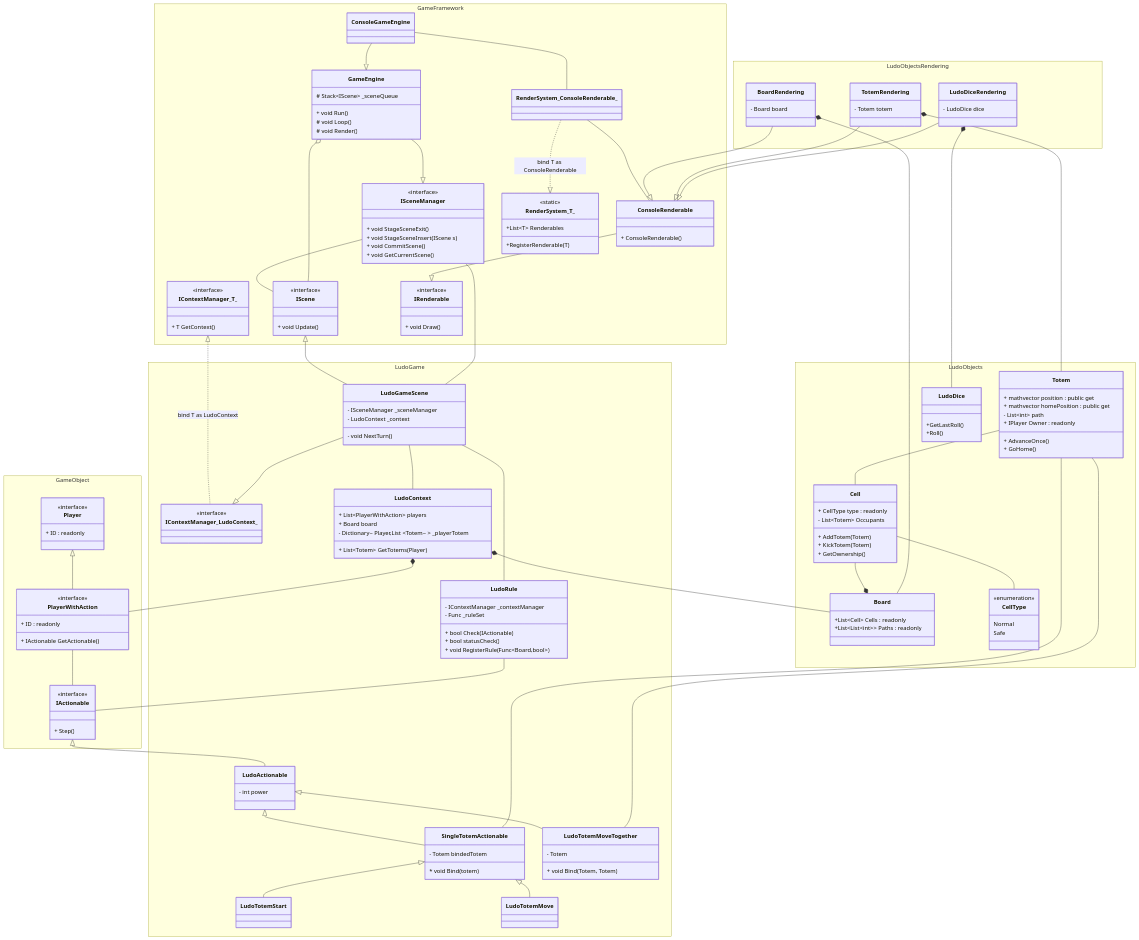
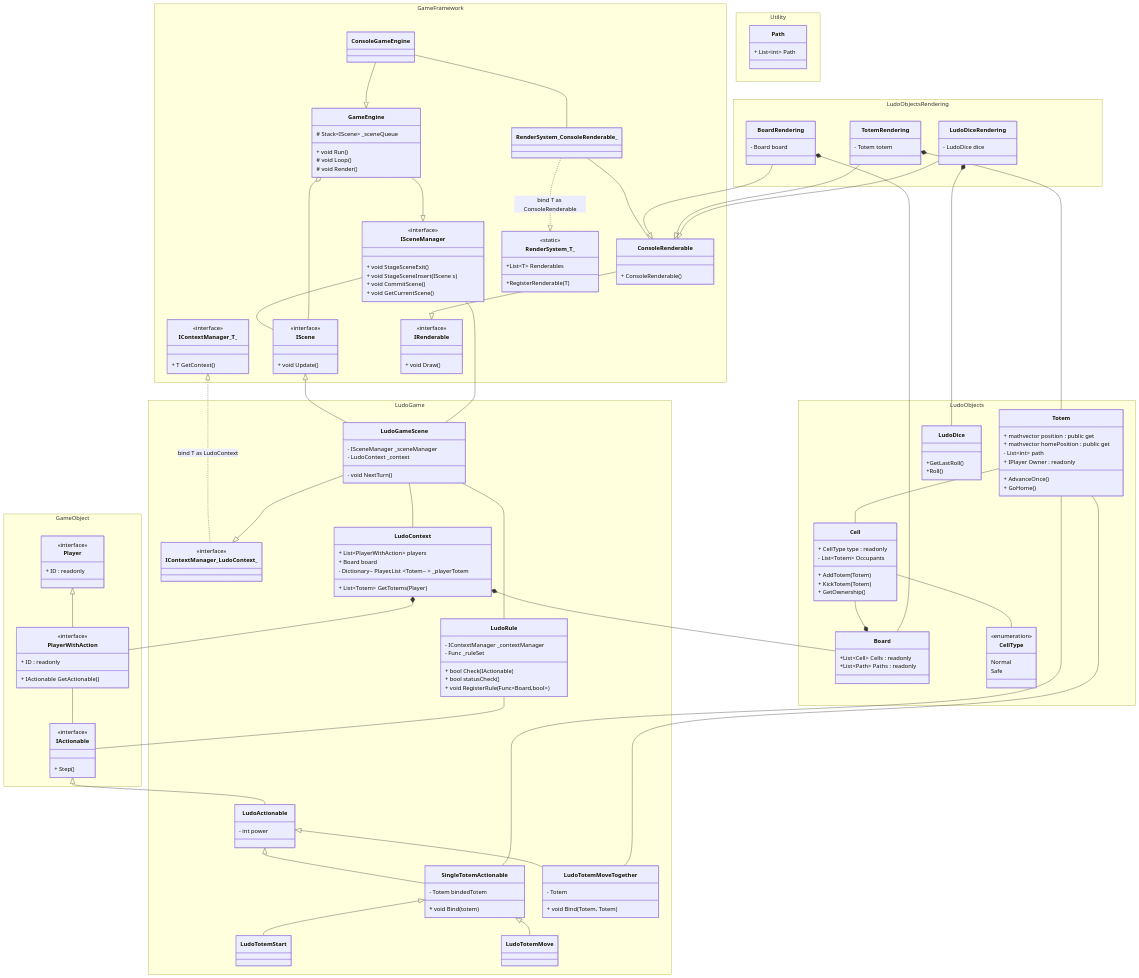
The second of 3 diagrams in Ludo.md (probabilitynokami/ClassDiagram), drawn with Mermaid before and after one commit.

Commit message:
make utility tools

```diff
--- a/Ludo.md
+++ b/Ludo.md
@@ -215,7 +215,11 @@
     LudoGameScene -- LudoContext
     LudoGameScene --|> IContextManager_LudoContext_
 
-
+    namespace Utility{
+        class Path{
+            + List~int~ Path
+        }
+    }
     
 
     namespace LudoObjects{
@@ -224,7 +228,7 @@
 
         class Board{
             +List~Cell~ Cells : readonly
-            +List~List~int~~ Paths : readonly
+            +List~Path~ Paths : readonly
 
         }
 
```
